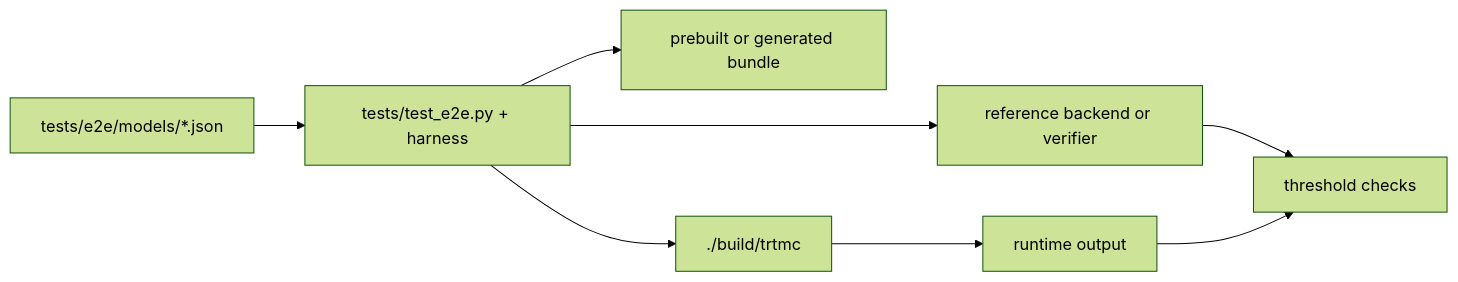
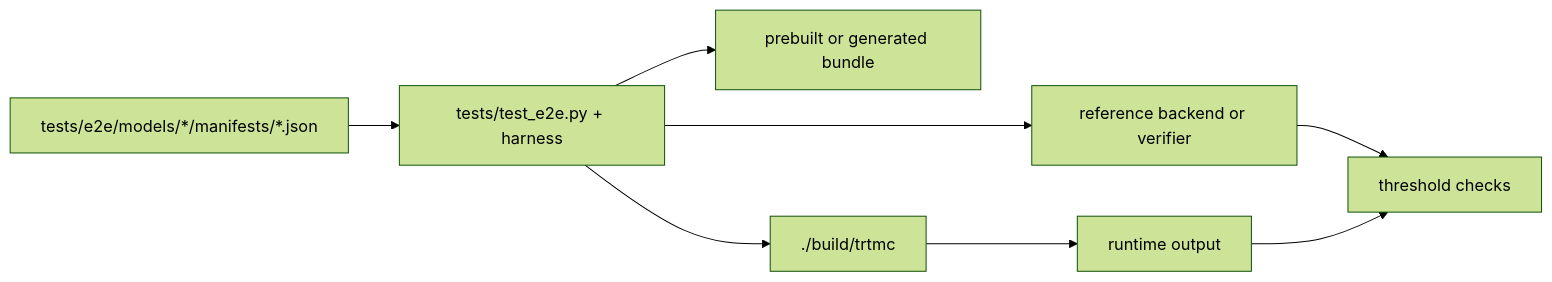
One commit to AbishekCoder1/TensorRT-Model-Connect changed the second of 2 diagrams in website/docs/unit-design/testing.md. Above: the diagram before and after it, drawn with Mermaid (forest theme). The commit also changed other lines of this file and 5393 other files, not shown here.

````diff
--- a/website/docs/unit-design/testing.md
+++ b/website/docs/unit-design/testing.md
@@ -76,10 +77,10 @@
 ```mermaid
 flowchart LR
-  Manifest["tests/e2e/models/*.json"] --> Harness["tests/test_e2e.py + harness"]
+  Manifest["tests/e2e/models/*/manifests/*.json"] --> Harness["tests/test_e2e.py + harness"]
   Harness --> Bundle["prebuilt or generated bundle"]
   Harness --> Trtf["./build/trtmc"]
   Harness --> Oracle["reference backend or verifier"]
   Trtf --> Result["runtime output"]
   Oracle --> Compare["threshold checks"]
   Result --> Compare
 ```
````
